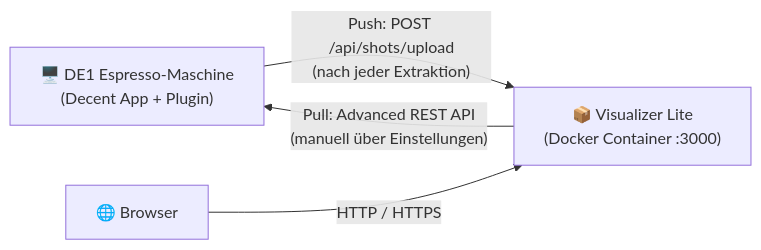
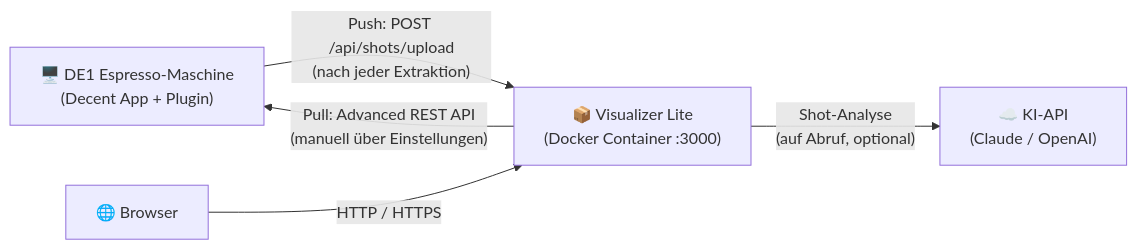
The first of 4 diagrams in README.de.md (TomSchmidtDev/visualizer-lite), drawn with Mermaid before and after one commit. The commit also changed other lines of this file and 1 other file, not shown here.

First line of the commit message:
docs: fix Key Features filter, update Architecture for AI analysis

````diff
--- a/README.de.md
+++ b/README.de.md
@@ -262,10 +262,12 @@
 ```mermaid
 graph LR
     DE1["🖥️ DE1 Espresso-Maschine\n(Decent App + Plugin)"]
     VL["📦 Visualizer Lite\n(Docker Container :3000)"]
     Browser["🌐 Browser"]
+    AI["☁️ KI-API\n(Claude / OpenAI)"]
 
     DE1 -- "Push: POST /api/shots/upload\n(nach jeder Extraktion)" --> VL
     VL -- "Pull: Advanced REST API\n(manuell über Einstellungen)" --> DE1
     Browser -- "HTTP / HTTPS" --> VL
+    VL -- "Shot-Analyse\n(auf Abruf, optional)" --> AI
 ```
````
